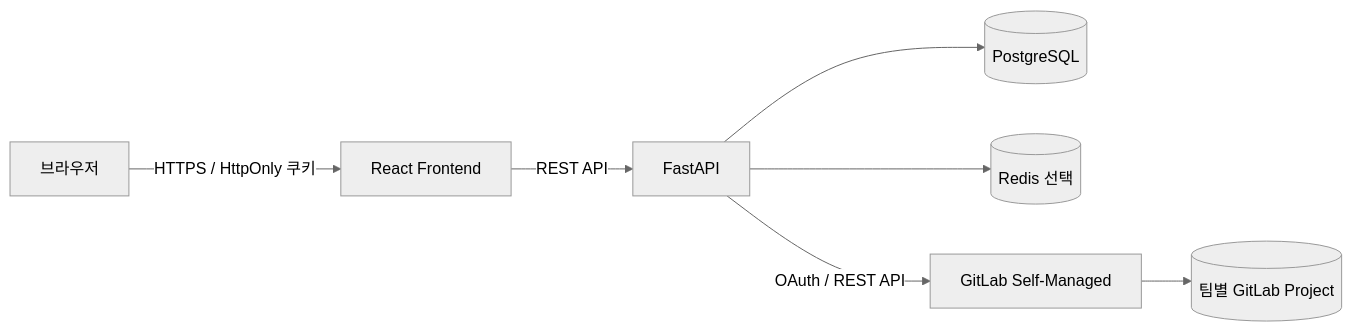
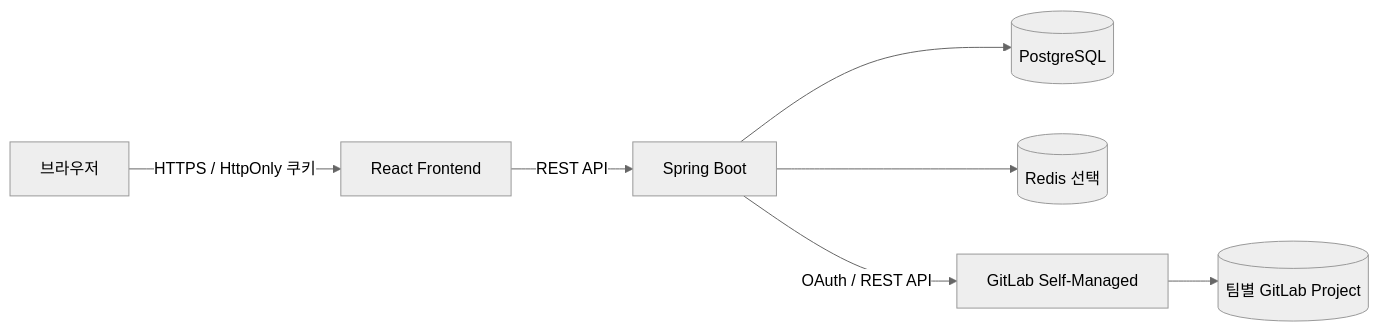
The first of 4 diagrams in STUDY_WORKSPACE_BACKEND_API_GITLAB.md (ho7e09152-dot/StudyPlatform), drawn with Mermaid (neutral theme) before and after one commit. The commit also changed other lines of this file and 47 other files, not shown here.

````diff
--- a/STUDY_WORKSPACE_BACKEND_API_GITLAB.md
+++ b/STUDY_WORKSPACE_BACKEND_API_GITLAB.md
@@ -124,9 +129,9 @@
 ```mermaid
 flowchart LR
     U[브라우저] -->|HTTPS / HttpOnly 쿠키| FE[React Frontend]
-    FE -->|REST API| BE[FastAPI]
+    FE -->|REST API| BE[Spring Boot]
     BE --> DB[(PostgreSQL)]
     BE --> R[(Redis 선택)]
     BE -->|OAuth / REST API| GL[GitLab Self-Managed]
     GL --> P[(팀별 GitLab Project)]
 ```
````
